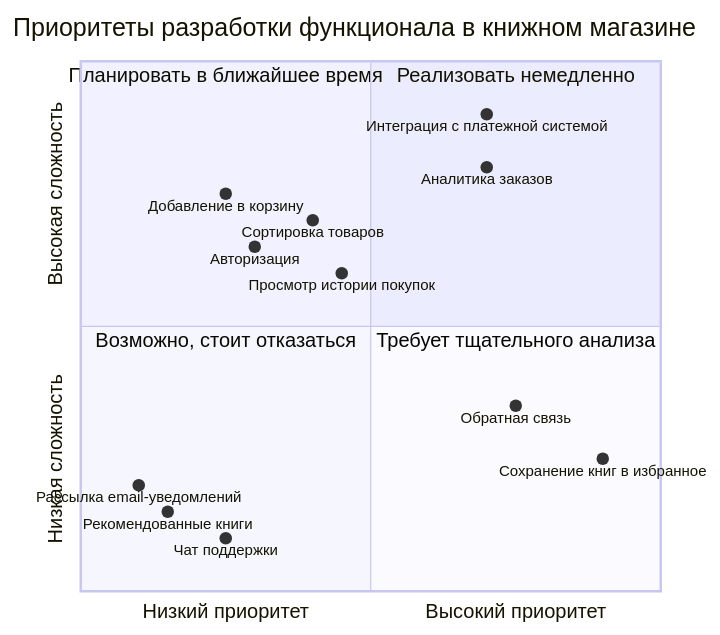
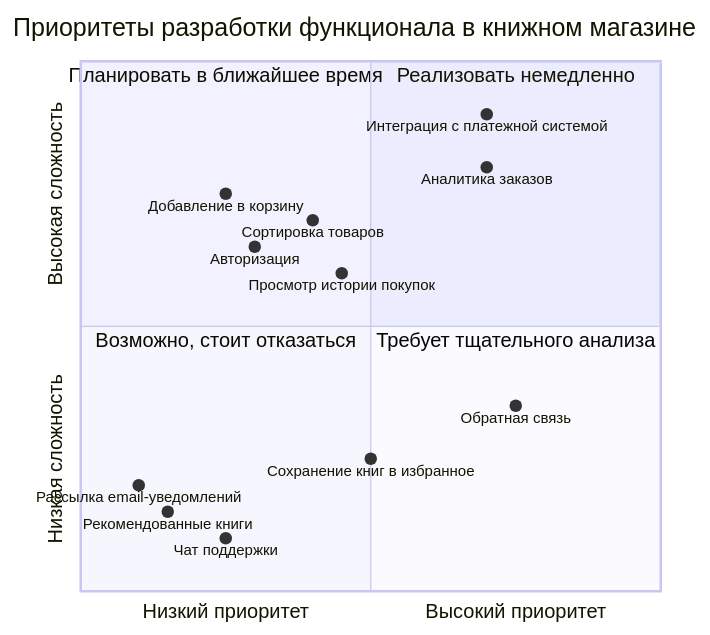
The third of 3 diagrams in README.md (akneshoot/ShopWeb), drawn with Mermaid before and after one commit.

````diff
--- a/README.md
+++ b/README.md
@@ -79,23 +79,23 @@
 ```mermaid
 quadrantChart
     title Приоритеты разработки функционала в книжном магазине
     x-axis "Низкий приоритет" --> "Высокий приоритет"
     y-axis "Низкая сложность" --> "Высокая сложность"
     quadrant-1 "Реализовать немедленно"
     quadrant-2 "Планировать в ближайшее время"
     quadrant-3 "Возможно, стоит отказаться"
     quadrant-4 "Требует тщательного анализа"
     "Чат поддержки": [0.25, 0.10]
     "Обратная связь": [0.75, 0.35]
     "Просмотр истории покупок": [0.45, 0.60]
     "Аналитика заказов": [0.70, 0.80]
     "Интеграция с платежной системой": [0.70, 0.90]
     "Добавление в корзину": [0.25, 0.75]
     "Авторизация": [0.30, 0.65]
     "Сортировка товаров": [0.40, 0.70]
     "Рекомендованные книги": [0.15, 0.15]
-    "Сохранение книг в избранное": [0.90, 0.25]
+    "Сохранение книг в избранное": [0.50, 0.25]
     "Рассылка email-уведомлений": [0.10, 0.20]
 
 
 ```
````
